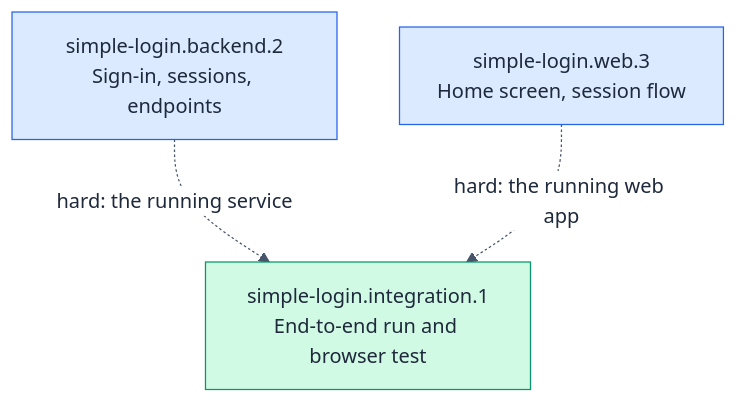
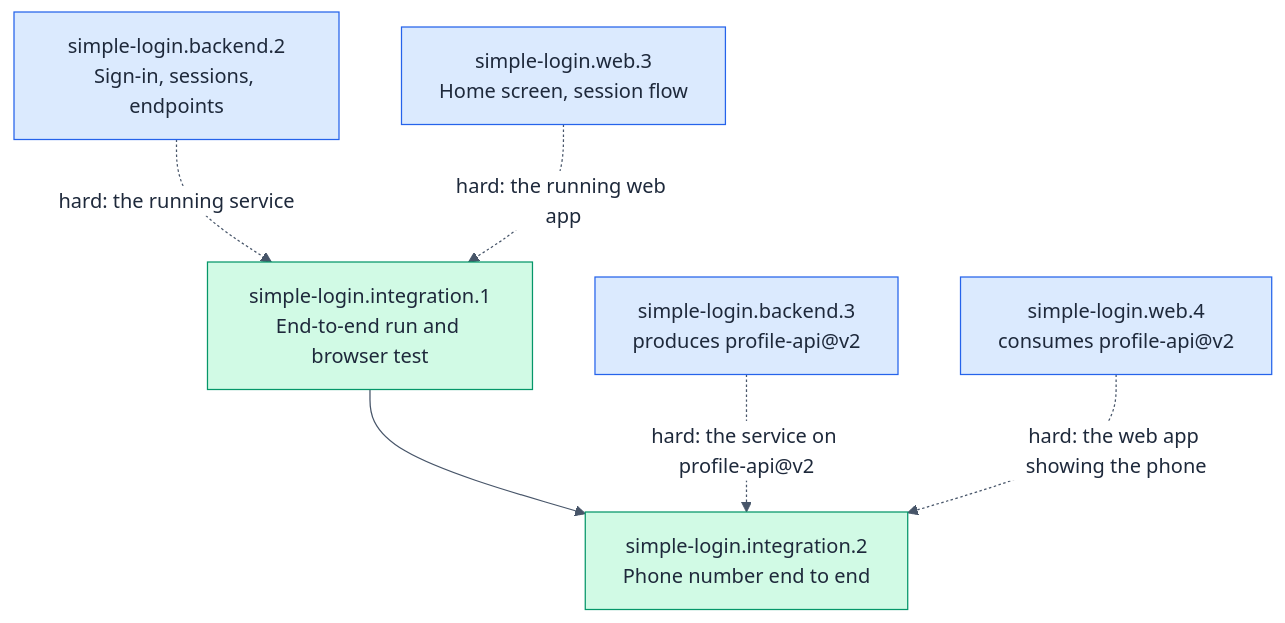
The diagram in docs/tutorial/simple-login-update/execute/hsdd/spec/simple-login.integration.md (mpurbo/hsdd), drawn with Mermaid before and after one commit. The commit also changed other lines of this file and 3 other files, not shown here.

Commit message:
docs(hsdd): append backend.3, web.4, integration.2 for update 1

````diff
--- a/docs/tutorial/simple-login-update/execute/hsdd/spec/simple-login.integration.md
+++ b/docs/tutorial/simple-login-update/execute/hsdd/spec/simple-login.integration.md
@@ -45,14 +74,23 @@
 ```mermaid
 %%{init:{'theme':'base','themeVariables':{'primaryTextColor':'#1e293b','lineColor':'#475569','edgeLabelBackground':'#ffffff','tertiaryTextColor':'#1e293b'}}}%%
 flowchart TD
     B2["simple-login.backend.2<br/>Sign-in, sessions, endpoints"]
     W3["simple-login.web.3<br/>Home screen, session flow"]
     I1["simple-login.integration.1<br/>End-to-end run and browser test"]
+    B3["simple-login.backend.3<br/>produces profile-api@v2"]
+    W4["simple-login.web.4<br/>consumes profile-api@v2"]
+    I2["simple-login.integration.2<br/>Phone number end to end"]
 
     B2 -. "hard: the running service" .-> I1
     W3 -. "hard: the running web app" .-> I1
+    I1 --> I2
+    B3 -. "hard: the service on profile-api@v2" .-> I2
+    W4 -. "hard: the web app showing the phone" .-> I2
 
     style B2 fill:#dbeafe,stroke:#2563eb,color:#1e293b
     style W3 fill:#dbeafe,stroke:#2563eb,color:#1e293b
     style I1 fill:#d1fae5,stroke:#059669,color:#1e293b
+    style B3 fill:#dbeafe,stroke:#2563eb,color:#1e293b
+    style W4 fill:#dbeafe,stroke:#2563eb,color:#1e293b
+    style I2 fill:#d1fae5,stroke:#059669,color:#1e293b
 ```
````
